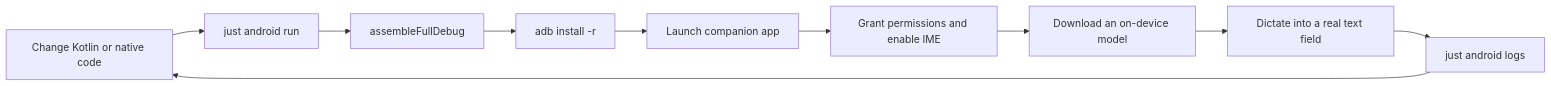
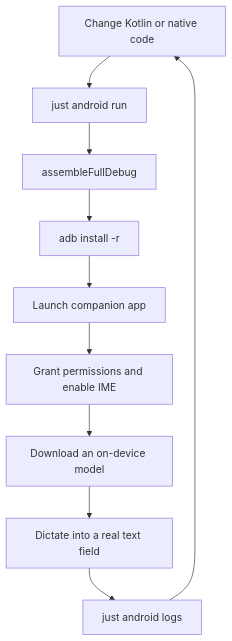
One commit to Mr-Sunglasses/vocaphone changed the second of 3 diagrams in docs/how-to/development-setup.md. Above: the diagram before and after it, drawn with Mermaid. The commit also changed 4 other files, not shown here.

Commit message:
fix(docs): fit Mermaid diagrams to the viewer

````diff
--- a/docs/how-to/development-setup.md
+++ b/docs/how-to/development-setup.md
@@ -183,12 +183,12 @@
 ```mermaid
-flowchart LR
+flowchart TD
   source[Change Kotlin or native code] --> build[just android run]
   build --> apk[assembleFullDebug]
   apk --> install[adb install -r]
   install --> launch[Launch companion app]
   launch --> setup[Grant permissions and enable IME]
   setup --> model[Download an on-device model]
   model --> smoke[Dictate into a real text field]
   smoke --> logs[just android logs]
   logs --> source
 ```
````
